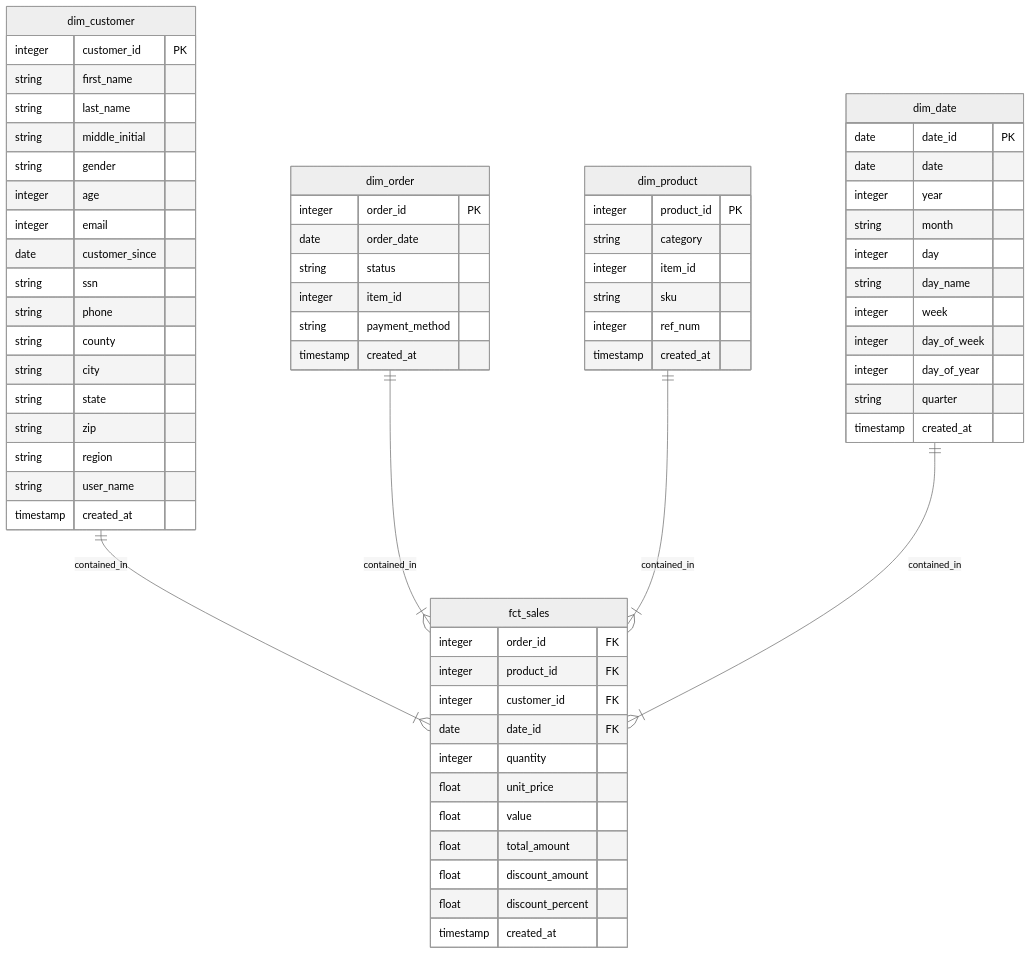
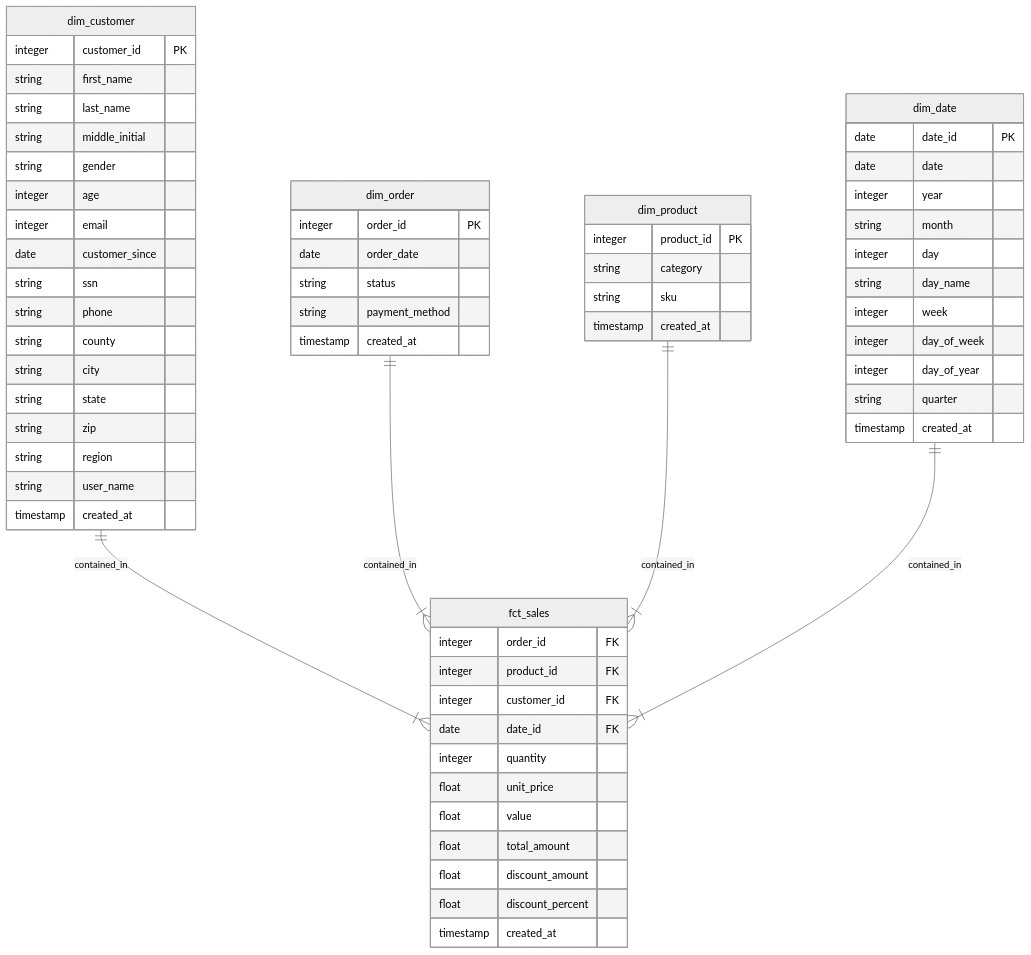
The diagram in data_modeling.md (Narapady/us-sale-analytic), drawn with Mermaid (neutral theme) before and after one commit. The commit also changed 6 other files, not shown here.

````diff
--- a/data_modeling.md
+++ b/data_modeling.md
@@ -4,69 +4,66 @@
 ```mermaid
 erDiagram
     dim_customer ||--|{ fct_sales: contained_in
     dim_customer {
         integer customer_id PK
         string first_name
         string last_name
         string middle_initial
         string gender
         integer age
         integer email
         date customer_since
         string ssn
         string phone
         string county
         string city
         string state
         string zip
         string region
         string user_name
         timestamp created_at
     }
     dim_order ||--|{ fct_sales: contained_in
     dim_order {
         integer order_id PK
         date order_date
         string status
-        integer item_id
         string payment_method
         timestamp created_at
     }
     dim_product ||--|{ fct_sales: contained_in
     dim_product {
         integer product_id PK
         string category
-        integer item_id
         string sku
-        integer ref_num
         timestamp created_at
 
     }
     dim_date ||--|{ fct_sales: contained_in
     dim_date {
         date date_id PK
         date date
         integer year
         string month
         integer day
         string day_name
         integer week
         integer day_of_week
         integer day_of_year
         string quarter
         timestamp created_at
     }
     fct_sales {
         integer order_id FK
         integer product_id FK
         integer customer_id FK
         date date_id FK
         integer quantity
         float unit_price
         float value
         float total_amount
         float discount_amount
         float discount_percent
         timestamp created_at
     }
 ```
````
